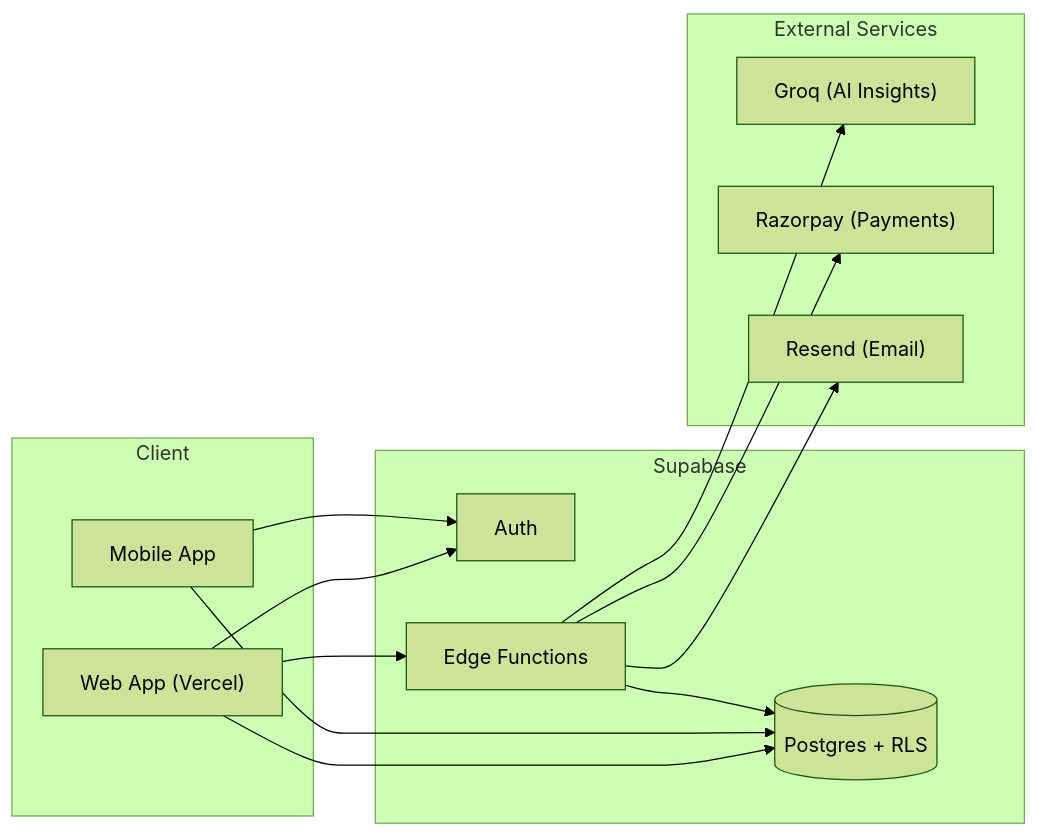
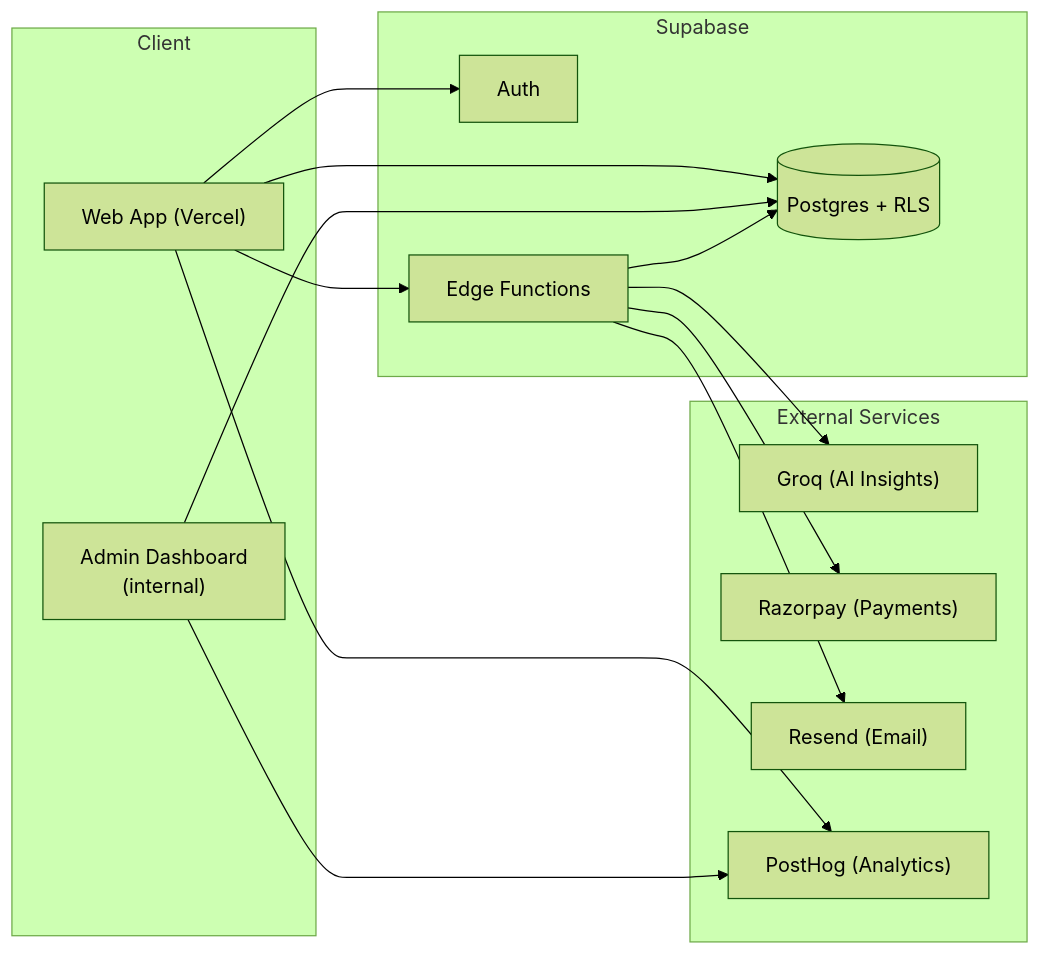
The diagram in README.md (AmanxMishraDev/jeetrack-showcase), drawn with Mermaid (forest theme) before and after one commit. The commit also changed other lines of this file, not shown here.

Commit message:
Update README: remove mobile app, add admin dashboard + PostHog

````diff
--- a/README.md
+++ b/README.md
@@ -44,29 +45,31 @@
 ```mermaid
 flowchart LR
     subgraph Client["Client"]
       Web["Web App (Vercel)"]
-      Mobile["Mobile App"]
+      Admin["Admin Dashboard\n(internal)"]
     end
 
     subgraph Supabase["Supabase"]
       Auth["Auth"]
       DB[("Postgres + RLS")]
       EF["Edge Functions"]
     end
 
     subgraph External["External Services"]
       Groq["Groq (AI Insights)"]
       Razorpay["Razorpay (Payments)"]
       Resend["Resend (Email)"]
+      PostHog["PostHog (Analytics)"]
     end
 
     Web --> Auth
-    Mobile --> Auth
     Web --> DB
-    Mobile --> DB
     Web --> EF
+    Web --> PostHog
+    Admin --> DB
+    Admin --> PostHog
     EF --> Groq
     EF --> Razorpay
     EF --> Resend
     EF --> DB
 ```
````
